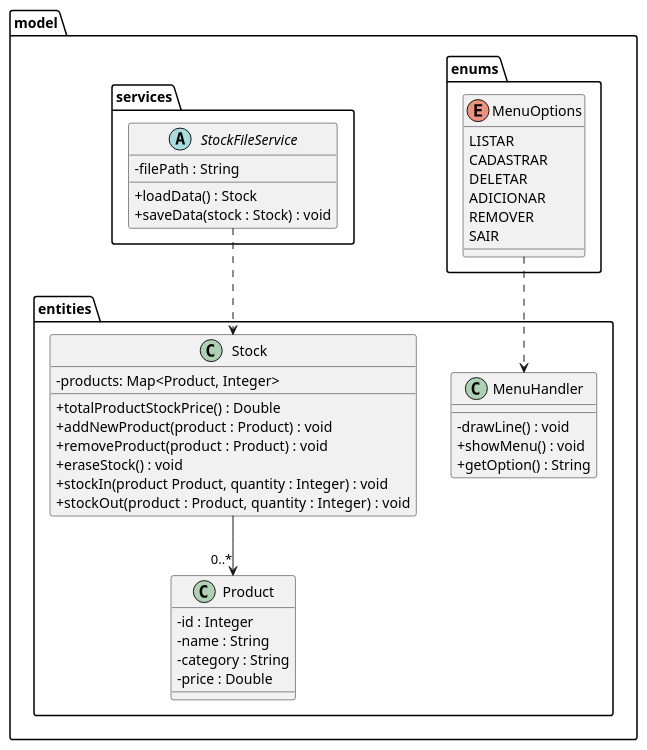
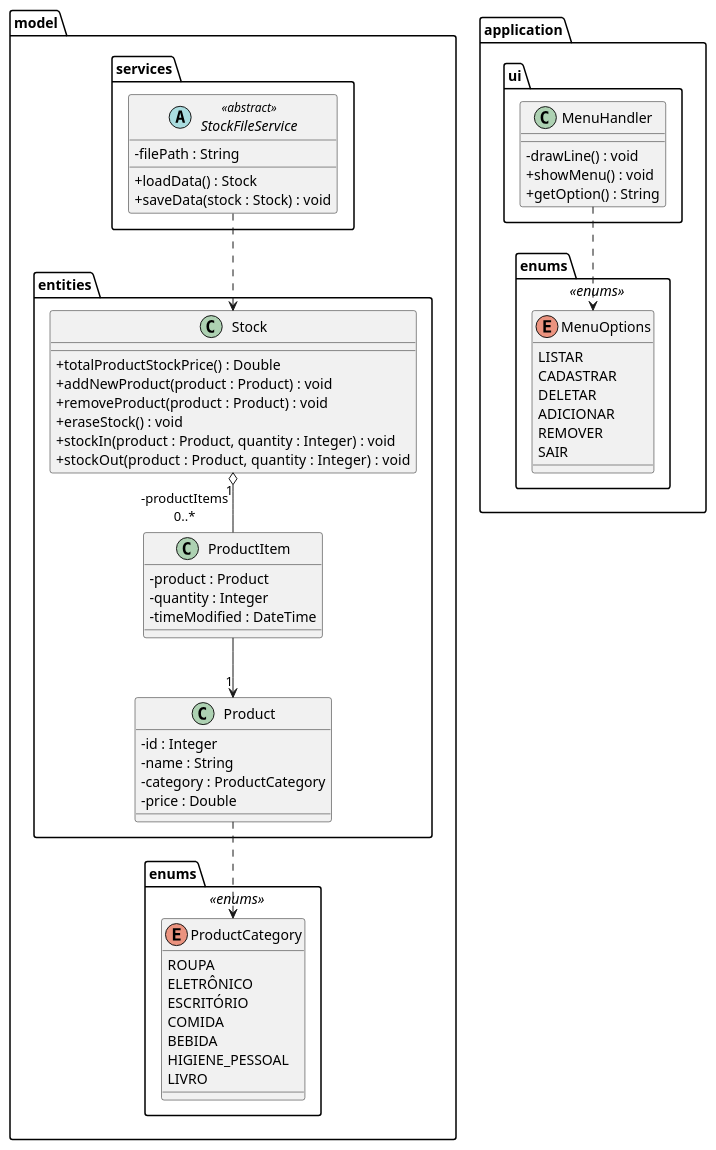
One commit to victormmcouto/java-crud-console changed the diagram in java-crud-console-umlclass.puml. Above: the diagram before and after it, drawn with PlantUML.

Commit message:
Modelo de classes UML inicial da aplicação foi finalizado

```diff
--- a/java-crud-console-umlclass.puml
+++ b/java-crud-console-umlclass.puml
@@ -1,45 +1,69 @@
 @startuml
 skinparam classAttributeIconSize 0
 package model.entities {
   class Product {
     - id : Integer
     - name : String
-    - category : String
+    - category : ProductCategory
     - price : Double
   }
   class Stock {
-    - products: Map<Product, Integer>
     + totalProductStockPrice() : Double
     + addNewProduct(product : Product) : void
     + removeProduct(product : Product) : void
     + eraseStock() : void
-    + stockIn(product Product, quantity : Integer) : void
+    + stockIn(product : Product, quantity : Integer) : void
     + stockOut(product : Product, quantity : Integer) :  void
   }
-  class MenuHandler {
+  class ProductItem {
+    - product : Product
+    - quantity : Integer
+    - timeModified : DateTime
+  }
+}
+package model.services {
+  abstract class StockFileService <<abstract>> {
+    - filePath : String
+    + loadData() : Stock
+    + saveData(stock : Stock) : void
+  }
+}
+
+package model.enums <<enums>> {
+  enum ProductCategory {
+    ROUPA
+    ELETRÔNICO
+    ESCRITÓRIO
+    COMIDA
+    BEBIDA
+    HIGIENE_PESSOAL
+    LIVRO
+  }
+}
+
+package application.ui {
+    class MenuHandler {
     - drawLine() : void
     + showMenu() : void
     + getOption() : String
   }
 }
-package model.enums {
+
+package application.enums <<enums>> {
   enum MenuOptions {
     LISTAR
     CADASTRAR
     DELETAR
     ADICIONAR
     REMOVER
     SAIR
   }
-package model.services {
-  abstract class StockFileService {
-    - filePath : String
-    + loadData() : Stock
-    + saveData(stock : Stock) : void
-  }
 }
 
-Stock --> "0..*" Product
+ProductItem --> "1" Product
+Stock "1" o-- "-productItems\n0..*" ProductItem
 StockFileService ..> Stock
-MenuOptions ..> MenuHandler
+MenuHandler ..> MenuOptions
+
+Product ..> ProductCategory
 @enduml
```
